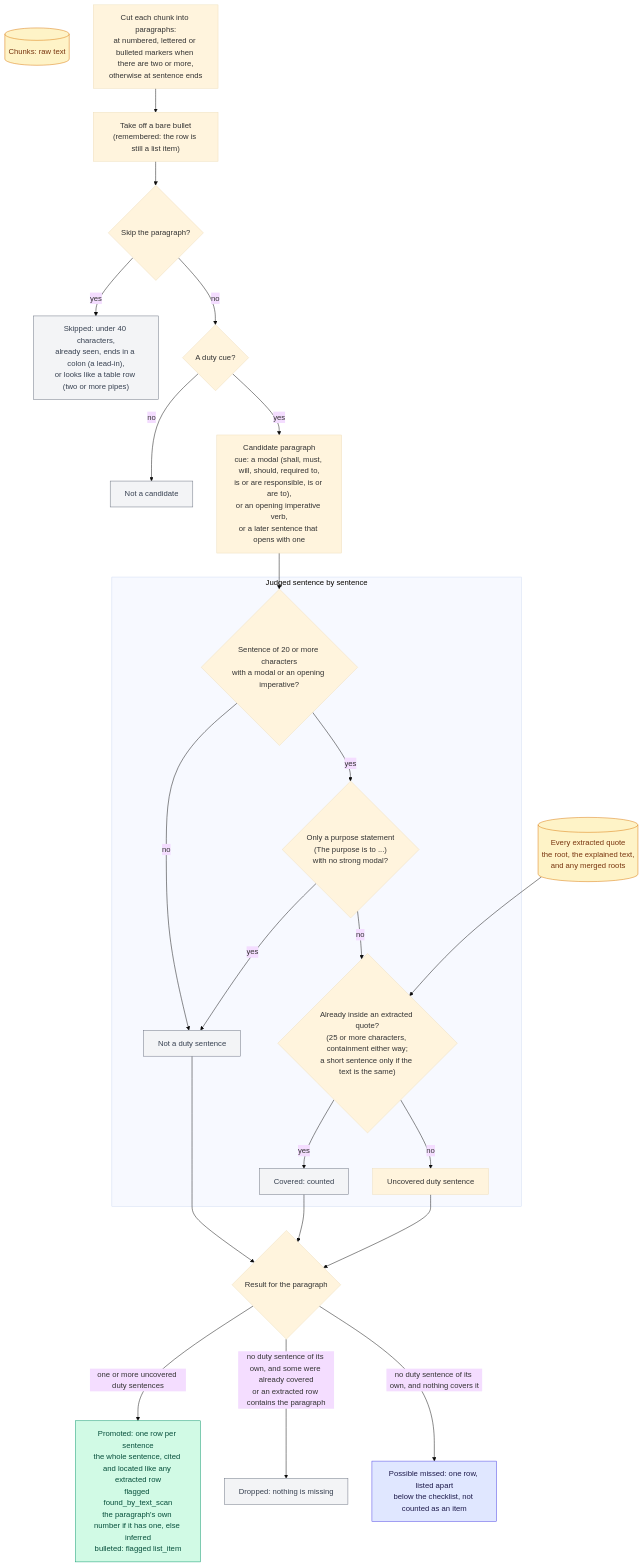
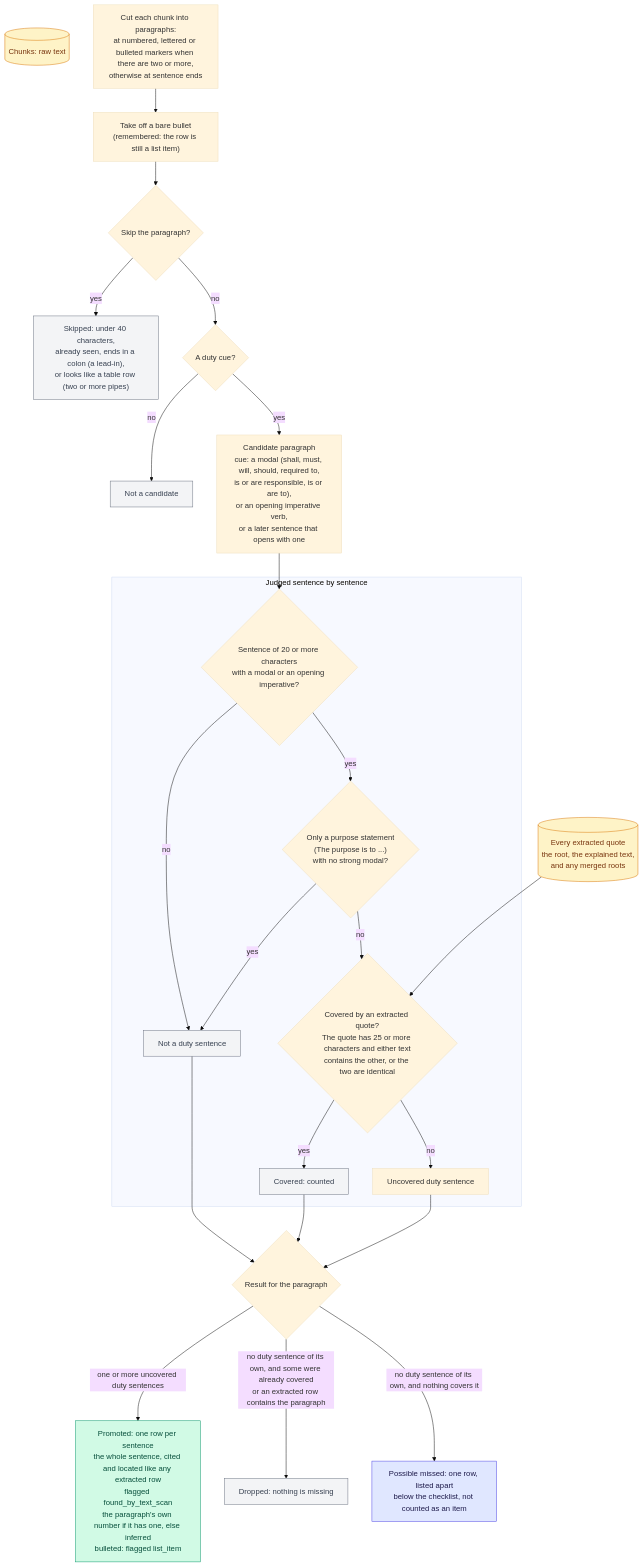
One commit to TylerGRClark/ReqBot changed the diagram in docs/diagrams/09_text_scan.md. Above: the diagram before and after it, drawn with Mermaid (base theme). The commit also changed 2 other files, not shown here.

Commit message:
docs(diagrams): correct three statements found in review
- text scan: a short duty sentence is covered when a longer extracted quote
  (25 or more characters) contains it, not only when the text is identical
- checklist building: an extracted row's parent paragraph is looked up from
  its extracted reference only; a found row's from its citation
- roadmap: the note no longer says that nothing on the page runs; the green
  boxes run, and kind labels exist as a side file nothing reads yet

````diff
--- a/docs/diagrams/09_text_scan.md
+++ b/docs/diagrams/09_text_scan.md
@@ -5,54 +5,54 @@
 ```mermaid
 flowchart TD
     CH[("Chunks: raw text")]
     EXT[("Every extracted quote<br/>the root, the explained text,<br/>and any merged roots")]
 
     U1["Cut each chunk into paragraphs:<br/>at numbered, lettered or bulleted markers when there are two or more,<br/>otherwise at sentence ends"]
     U2["Take off a bare bullet<br/>(remembered: the row is still a list item)"]
     U3{"Skip the paragraph?"}
     U3a["Skipped: under 40 characters,<br/>already seen, ends in a colon (a lead-in),<br/>or looks like a table row (two or more pipes)"]
     U4{"A duty cue?"}
     U4a["Not a candidate"]
     U5["Candidate paragraph<br/>cue: a modal (shall, must, will, should, required to,<br/>is or are responsible, is or are to),<br/>or an opening imperative verb,<br/>or a later sentence that opens with one"]
 
     U1 --> U2
     U2 --> U3
     U3 -->|yes| U3a
     U3 -->|no| U4
     U4 -->|no| U4a
     U4 -->|yes| U5
 
     subgraph SENT["Judged sentence by sentence"]
         S1{"Sentence of 20 or more characters<br/>with a modal or an opening imperative?"}
         S2{"Only a purpose statement<br/>(The purpose is to ...)<br/>with no strong modal?"}
-        S3{"Already inside an extracted quote?<br/>(25 or more characters, containment either way;<br/>a short sentence only if the text is the same)"}
+        S3{"Covered by an extracted quote?<br/>The quote has 25 or more characters and either text<br/>contains the other, or the two are identical"}
         S4["Uncovered duty sentence"]
         S5["Covered: counted"]
         S1 -->|no| S6["Not a duty sentence"]
         S1 -->|yes| S2
         S2 -->|yes| S6
         S2 -->|no| S3
         S3 -->|yes| S5
         S3 -->|no| S4
     end
 
     U5 --> S1
     EXT --> S3
 
     R1{"Result for the paragraph"}
     S4 --> R1
     S5 --> R1
     S6 --> R1
     R1 -->|"one or more uncovered duty sentences"| PROMO["Promoted: one row per sentence<br/>the whole sentence, cited and located like any extracted row<br/>flagged found_by_text_scan<br/>the paragraph's own number if it has one, else inferred<br/>bulleted: flagged list_item"]
     R1 -->|"no duty sentence of its own, and some were already covered<br/>or an extracted row contains the paragraph"| DROP["Dropped: nothing is missing"]
     R1 -->|"no duty sentence of its own, and nothing covers it"| MISS["Possible missed: one row, listed apart<br/>below the checklist, not counted as an item"]
 
     classDef ok fill:#d1fae5,stroke:#059669,color:#064e3b;
     classDef drop fill:#f3f4f6,stroke:#6b7280,color:#374151;
     classDef data fill:#fef3c7,stroke:#d97706,color:#78350f;
     classDef side fill:#e0e7ff,stroke:#4f46e5,color:#1e1b4b;
     class PROMO ok;
     class U3a,U4a,S6,DROP,S5 drop;
     class CH,EXT data;
     class MISS side;
 ```
````
